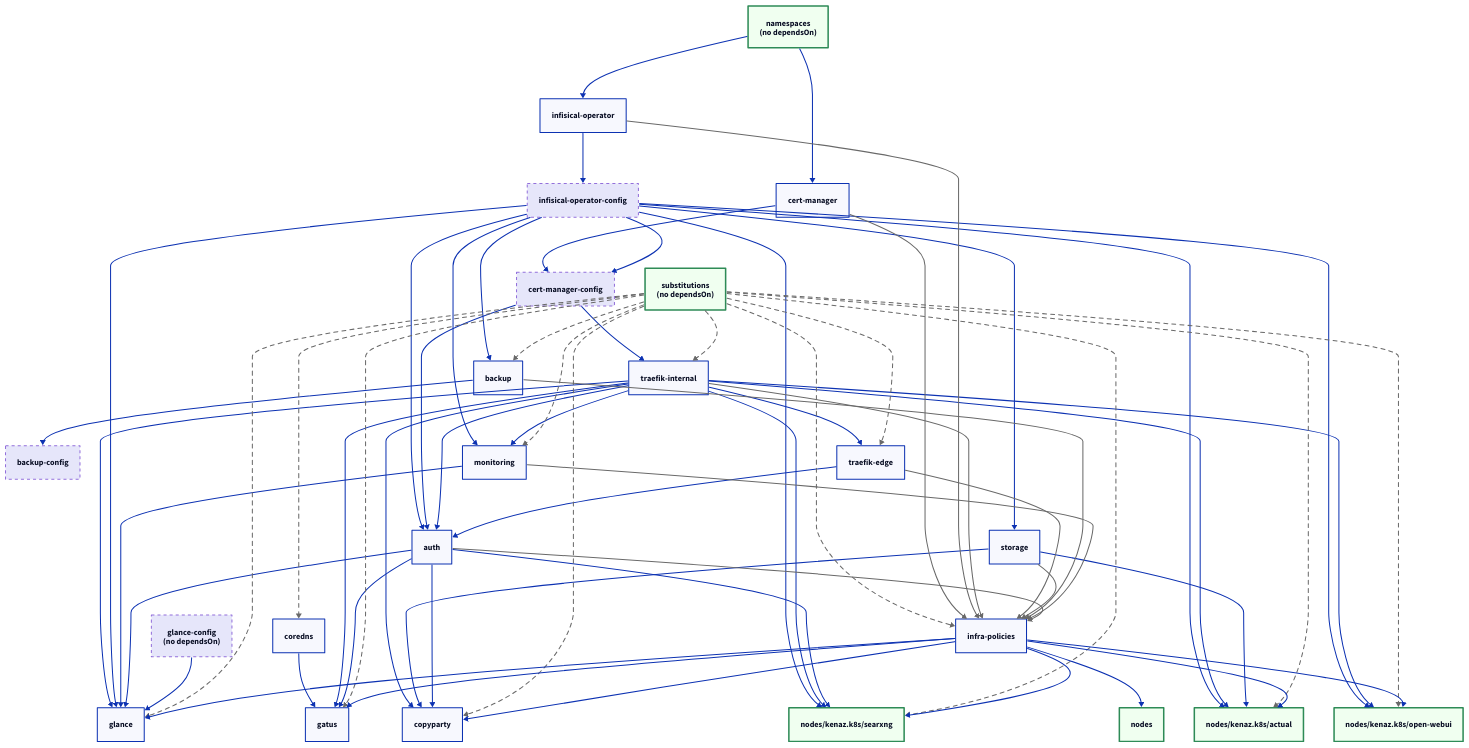
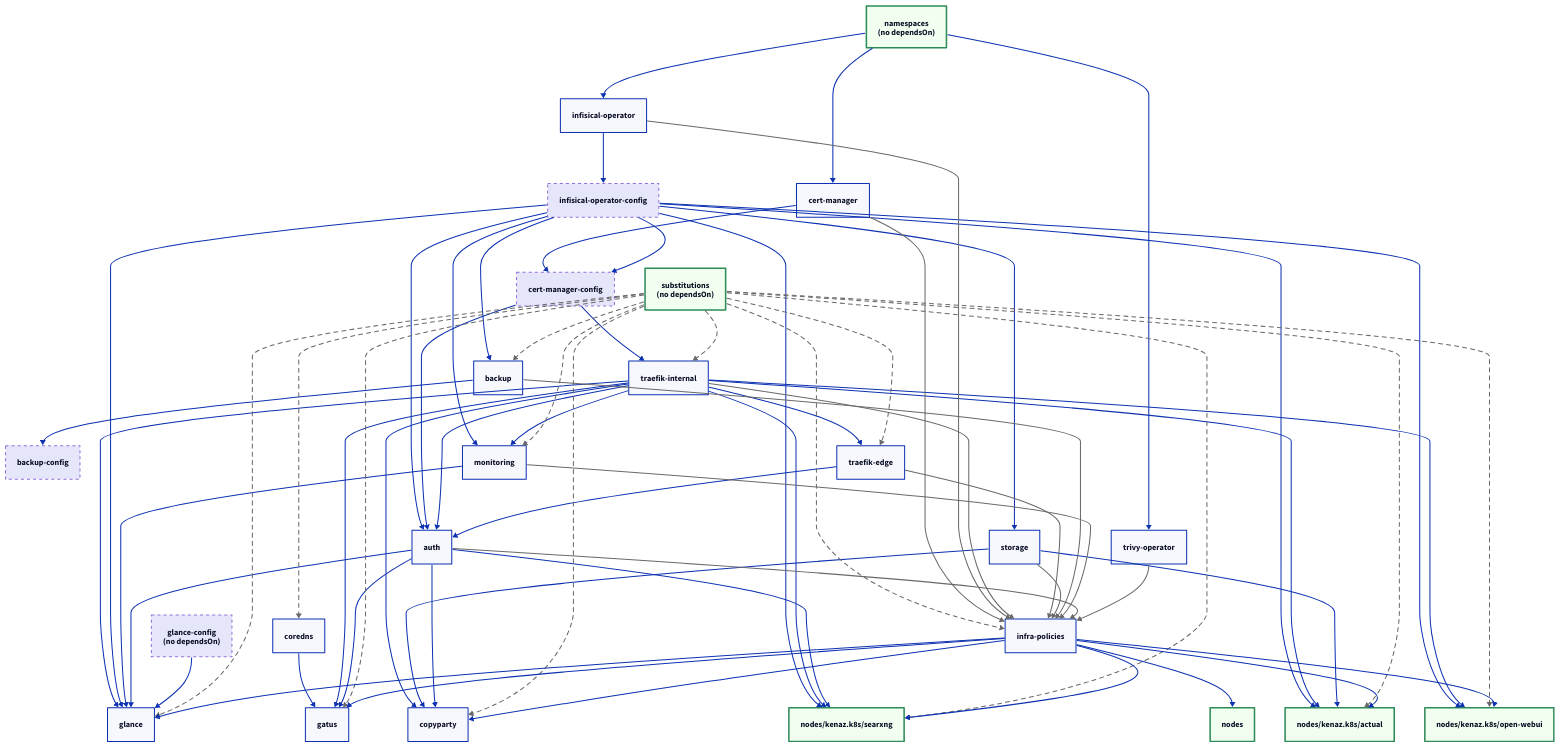
Before and after one commit to brewcoua/futhark: the diagram in docs/src/conventions/ordering.md, drawn with D2. The commit also changed other lines of this file and 21 other files, not shown here.

```diff
--- a/docs/src/conventions/ordering.md
+++ b/docs/src/conventions/ordering.md
@@ -65,6 +65,7 @@
 
 namespaces -> cert-manager
 namespaces -> infisical-operator
+namespaces -> trivy-operator
 
 infisical-operator -> infisical-operator-config
 cert-manager -> cert-manager-config
@@ -129,6 +130,7 @@
 backup -> infra-policies { class: bulk }
 monitoring -> infra-policies { class: bulk }
 auth -> infra-policies { class: bulk }
+trivy-operator -> infra-policies { class: bulk }
 
 infra-policies -> nodes
 infra-policies -> actual
```
